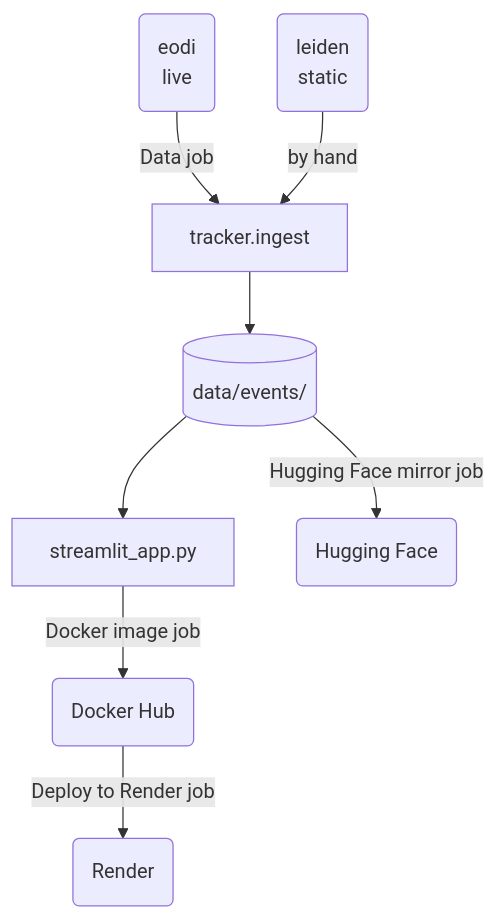
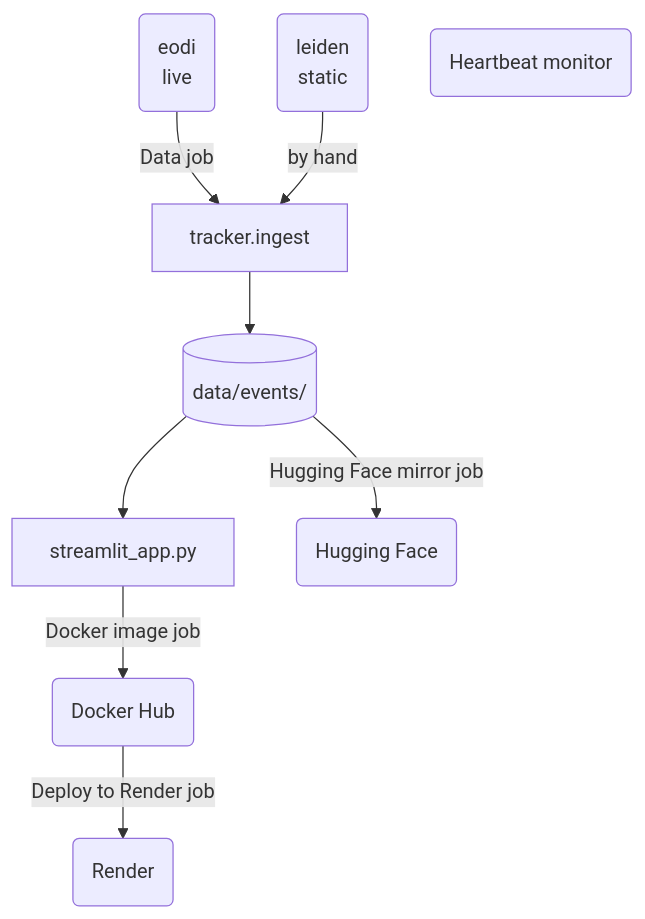
Before and after one commit to tryph0n/hybrid-tracker: the first of 3 diagrams in docs/architecture.md, drawn with Mermaid. The commit also changed other lines of this file and 3 other files, not shown here.

````diff
--- a/docs/architecture.md
+++ b/docs/architecture.md
@@ -25,18 +25,19 @@
 ```mermaid
 flowchart TB
   source_eodi("eodi<br/>live")
   source_leiden("leiden<br/>static")
   ingest["tracker.ingest"]
   events[("data/events/")]
   app["streamlit_app.py"]
   service_Docker_Hub("Docker Hub")
   service_Render("Render")
   service_Hugging_Face("Hugging Face")
+  service_Heartbeat_monitor("Heartbeat monitor")
   source_eodi -->|"Data job"| ingest
   source_leiden -->|"by hand"| ingest
   ingest --> events
   events --> app
   app -->|"Docker image job"| service_Docker_Hub
   service_Docker_Hub -->|"Deploy to Render job"| service_Render
   events -->|"Hugging Face mirror job"| service_Hugging_Face
 ```
````
